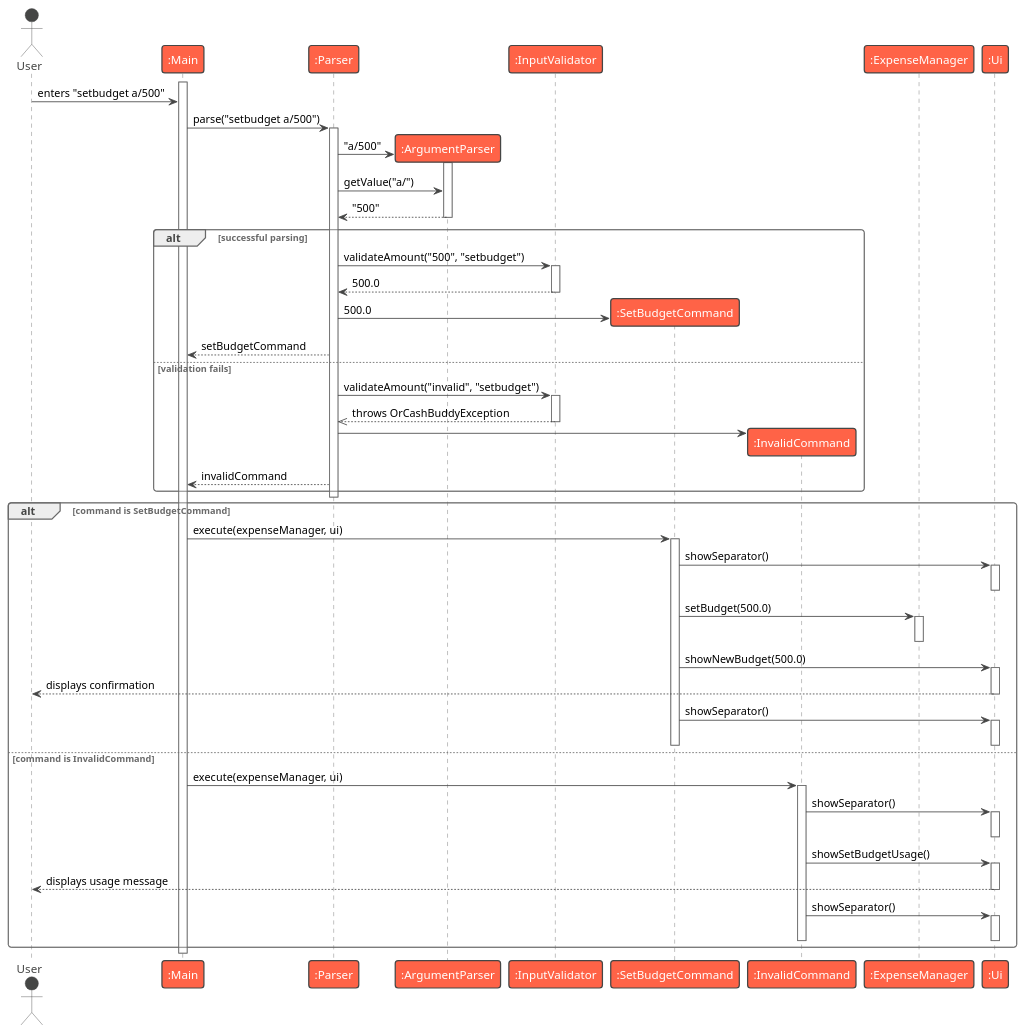
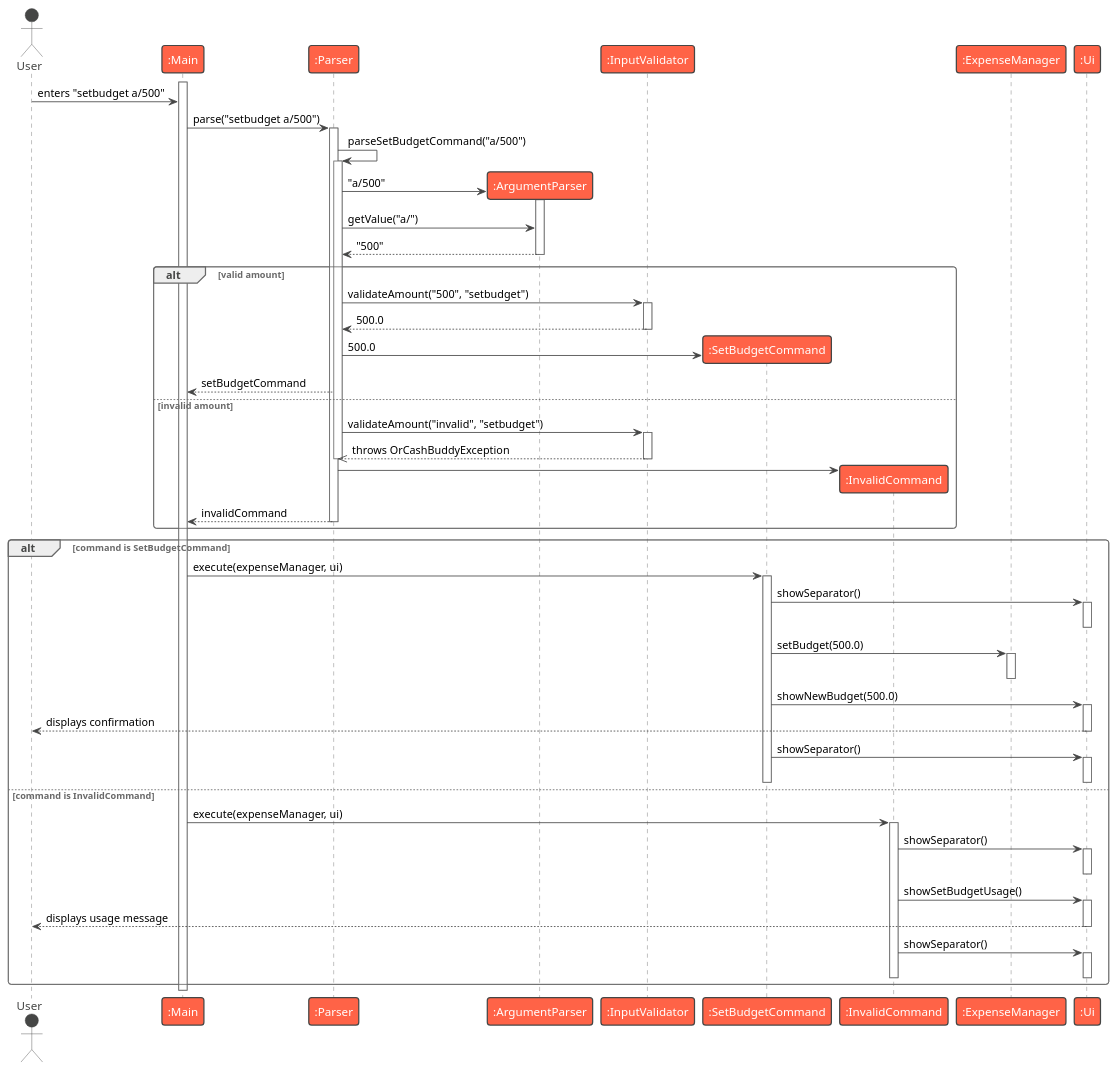
The diagram in docs/diagrams/set-budget-sequence.puml (aydrienlaw/tp), drawn with PlantUML before and after one commit.

Commit message:
docs(developer-guide): update sequence diagram for set budget command

```diff
--- a/docs/diagrams/set-budget-sequence.puml
+++ b/docs/diagrams/set-budget-sequence.puml
@@ -1,97 +1,104 @@
 @startuml
 !theme vibrant
 actor User
 participant ":Main" as Main
 participant ":Parser" as Parser
 participant ":ArgumentParser" as ArgumentParser
 participant ":InputValidator" as InputValidator
 participant ":SetBudgetCommand" as SetBudgetCommand
 participant ":InvalidCommand" as InvalidCommand
 participant ":ExpenseManager" as ExpenseManager
 participant ":Ui" as Ui
 
 activate Main
 
 User -> Main : enters "setbudget a/500"
 
 Main -> Parser : parse("setbudget a/500")
 activate Parser
 
+Parser -> Parser : parseSetBudgetCommand("a/500")
+activate Parser
+
 create ArgumentParser
 Parser -> ArgumentParser : "a/500"
 activate ArgumentParser
 Parser -> ArgumentParser : getValue("a/")
 ArgumentParser --> Parser : "500"
 deactivate ArgumentParser
 
-alt successful parsing
+alt valid amount
 
     Parser -> InputValidator : validateAmount("500", "setbudget")
     activate InputValidator
     InputValidator --> Parser : 500.0
     deactivate InputValidator
 
     create SetBudgetCommand
     Parser -> SetBudgetCommand : 500.0
     Parser --> Main : setBudgetCommand
 
-else validation fails
+else invalid amount
 
     Parser -> InputValidator : validateAmount("invalid", "setbudget")
     activate InputValidator
     InputValidator -->> Parser : throws OrCashBuddyException
     deactivate InputValidator
 
+    deactivate Parser
+
     create InvalidCommand
     Parser -> InvalidCommand
     Parser --> Main : invalidCommand
+
+    deactivate Parser
 
 end
 
 deactivate Parser
 
 alt command is SetBudgetCommand
     Main -> SetBudgetCommand : execute(expenseManager, ui)
     activate SetBudgetCommand
 
     SetBudgetCommand -> Ui : showSeparator()
     activate Ui
     deactivate Ui
 
     SetBudgetCommand -> ExpenseManager : setBudget(500.0)
     activate ExpenseManager
     deactivate ExpenseManager
 
     SetBudgetCommand -> Ui : showNewBudget(500.0)
     activate Ui
     Ui --> User : displays confirmation
     deactivate Ui
 
     SetBudgetCommand -> Ui : showSeparator()
     activate Ui
     deactivate Ui
 
     deactivate SetBudgetCommand
 
 else command is InvalidCommand
     Main -> InvalidCommand : execute(expenseManager, ui)
     activate InvalidCommand
 
     InvalidCommand -> Ui : showSeparator()
     activate Ui
     deactivate Ui
 
     InvalidCommand -> Ui : showSetBudgetUsage()
     activate Ui
     Ui --> User : displays usage message
     deactivate Ui
 
     InvalidCommand -> Ui : showSeparator()
     activate Ui
     deactivate Ui
 
     deactivate InvalidCommand
 end
 
 deactivate Main
 @enduml
```
